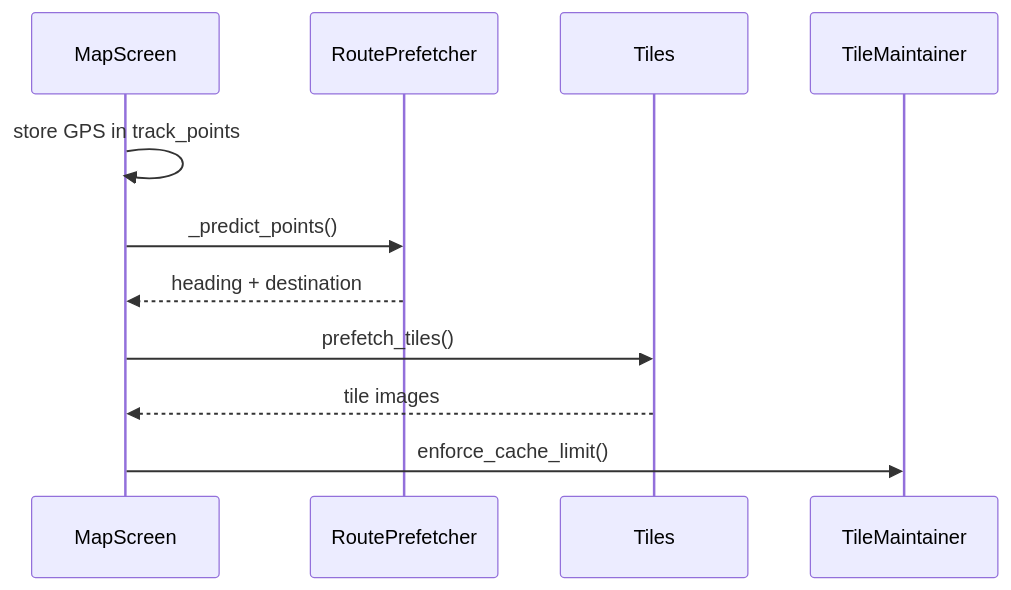
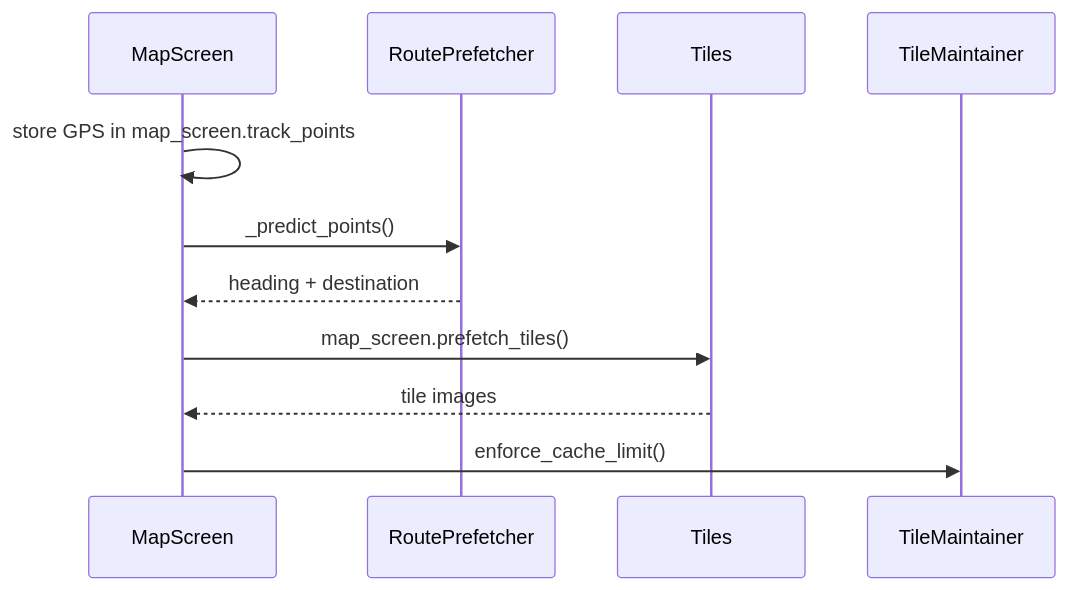
Before and after one commit to Trashytalk/piwardrive: the diagram in docs/tile_prefetching.rst, drawn with Mermaid. The commit also changed 1 other file, not shown here.

Commit message:
Add tile prefetching flow diagram

```diff
--- a/docs/tile_prefetching.rst
+++ b/docs/tile_prefetching.rst
@@ -8,14 +8,14 @@
 .. mermaid::
 
-   sequenceDiagram
-       participant MapScreen
-       participant RoutePrefetcher
-       participant Tiles
-       participant TileMaintainer
+    sequenceDiagram
+        participant MapScreen
+        participant RoutePrefetcher
+        participant Tiles
+        participant TileMaintainer
 
-       MapScreen->>MapScreen: store GPS in track_points
-       MapScreen->>RoutePrefetcher: _predict_points()
-       RoutePrefetcher-->>MapScreen: heading + destination
-       MapScreen->>Tiles: prefetch_tiles()
-       Tiles-->>MapScreen: tile images
-       MapScreen->>TileMaintainer: enforce_cache_limit()
+        MapScreen->>MapScreen: store GPS in map_screen.track_points
+        MapScreen->>RoutePrefetcher: _predict_points()
+        RoutePrefetcher-->>MapScreen: heading + destination
+        MapScreen->>Tiles: map_screen.prefetch_tiles()
+        Tiles-->>MapScreen: tile images
+        MapScreen->>TileMaintainer: enforce_cache_limit()
```
